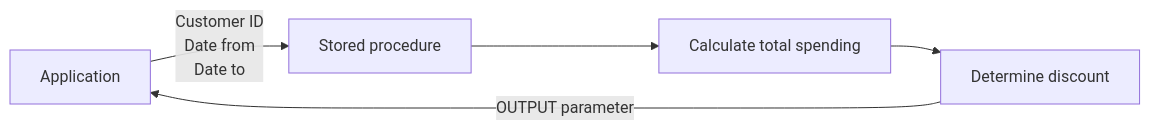
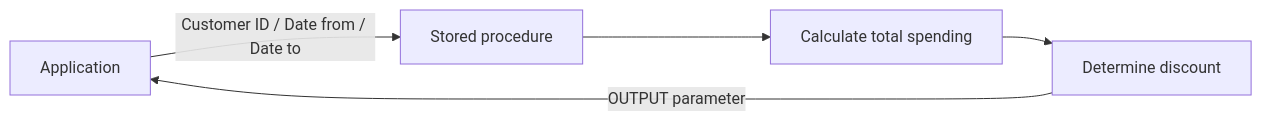
The eighth of 12 diagrams in labs/lab03-stored-procedures.md (tjovic/database-design-labs-public), drawn with Mermaid before and after one commit. The commit also changed other lines of this file, not shown here.

````diff
--- a/labs/lab03-stored-procedures.md
+++ b/labs/lab03-stored-procedures.md
@@ -877,7 +883,7 @@
 ```mermaid
 flowchart LR
-    A["Application"] -->|"Customer ID<br/>Date from<br/>Date to"| B["Stored procedure"]
+    A["Application"] -->|"Customer ID / Date from / Date to"| B["Stored procedure"]
     B --> C["Calculate total spending"]
     C --> D["Determine discount"]
     D -->|"OUTPUT parameter"| A
 ```
````
